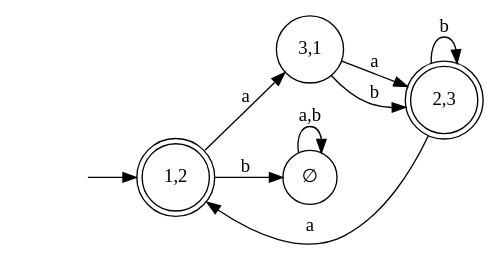
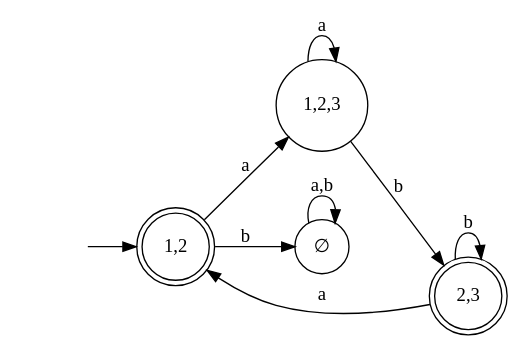
Before and after one commit to Hoverbear/CSC-320: the diagram in assignments/a1/graphs/3-dfa.dot, drawn with Graphviz. The commit also changed 5 other files, not shown here.

Commit message:
more graphs, corrections

```diff
--- a/assignments/a1/graphs/3-dfa.dot
+++ b/assignments/a1/graphs/3-dfa.dot
@@ -1,21 +1,21 @@
 digraph finite_state_machine {
 	rankdir = LR;
 	/*size = "4,6"*/
 	/*ppi = 300*/
 	node [ shape = none ] "";
 	node [ shape = doublecircle ]; "1,2" "2,3";
 	node [ shape = circle ];
 
 	"" -> "1,2"
 
-	"1,2" -> "3,1"  [ label = "a" ]
+	"1,2" -> "1,2,3"  [ label = "a" ]
 	"1,2" -> "∅"  [ label = "b" ]
 
 	"∅" -> "∅" [ label = "a,b" ]
 
-	"3,1" -> "2,3"  [ label = "a" ]
-	"3,1" -> "2,3"  [ label = "b" ]
+	"1,2,3" -> "1,2,3"  [ label = "a" ]
+	"1,2,3" -> "2,3"  [ label = "b" ]
 
 	"2,3" -> "1,2"  [ label = "a" ]
 	"2,3" -> "2,3"  [ label = "b" ]
 }
```
